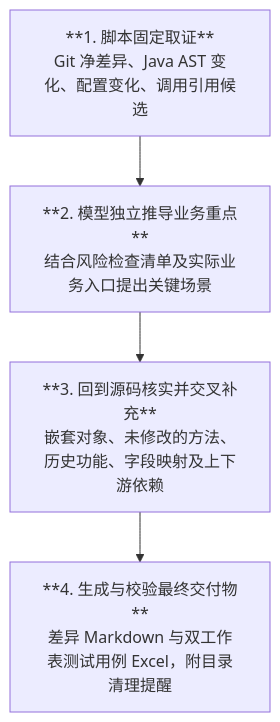
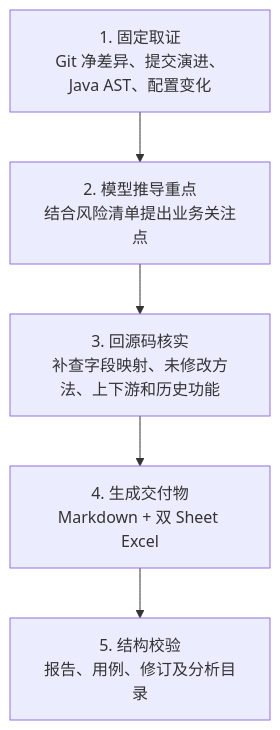
One commit to lalala8462/skills changed the diagram in diff-list/README.md. Above: the diagram before and after it, drawn with Mermaid. The commit also changed other lines of this file, not shown here.

````diff
--- a/diff-list/README.md
+++ b/diff-list/README.md
@@ -7,8 +9,9 @@
 ```mermaid
 flowchart TD
-    A["**1. 脚本固定取证**<br/>Git 净差异、Java AST 变化、配置变化、调用引用候选"]
-    B["**2. 模型独立推导业务重点**<br/>结合风险检查清单及实际业务入口提出关键场景"]
-    C["**3. 回到源码核实并交叉补充**<br/>嵌套对象、未修改的方法、历史功能、字段映射及上下游依赖"]
-    D["**4. 生成与校验最终交付物**<br/>差异 Markdown 与双工作表测试用例 Excel，附目录清理提醒"]
-    A --> B --> C --> D
+    A["1. 固定取证<br/>Git 净差异、提交演进、Java AST、配置变化"]
+    B["2. 模型推导重点<br/>结合风险清单提出业务关注点"]
+    C["3. 回源码核实<br/>补查字段映射、未修改方法、上下游和历史功能"]
+    D["4. 生成交付物<br/>Markdown + 双 Sheet Excel"]
+    E["5. 结构校验<br/>报告、用例、修订及分析目录"]
+    A --> B --> C --> D --> E
 ```
````
